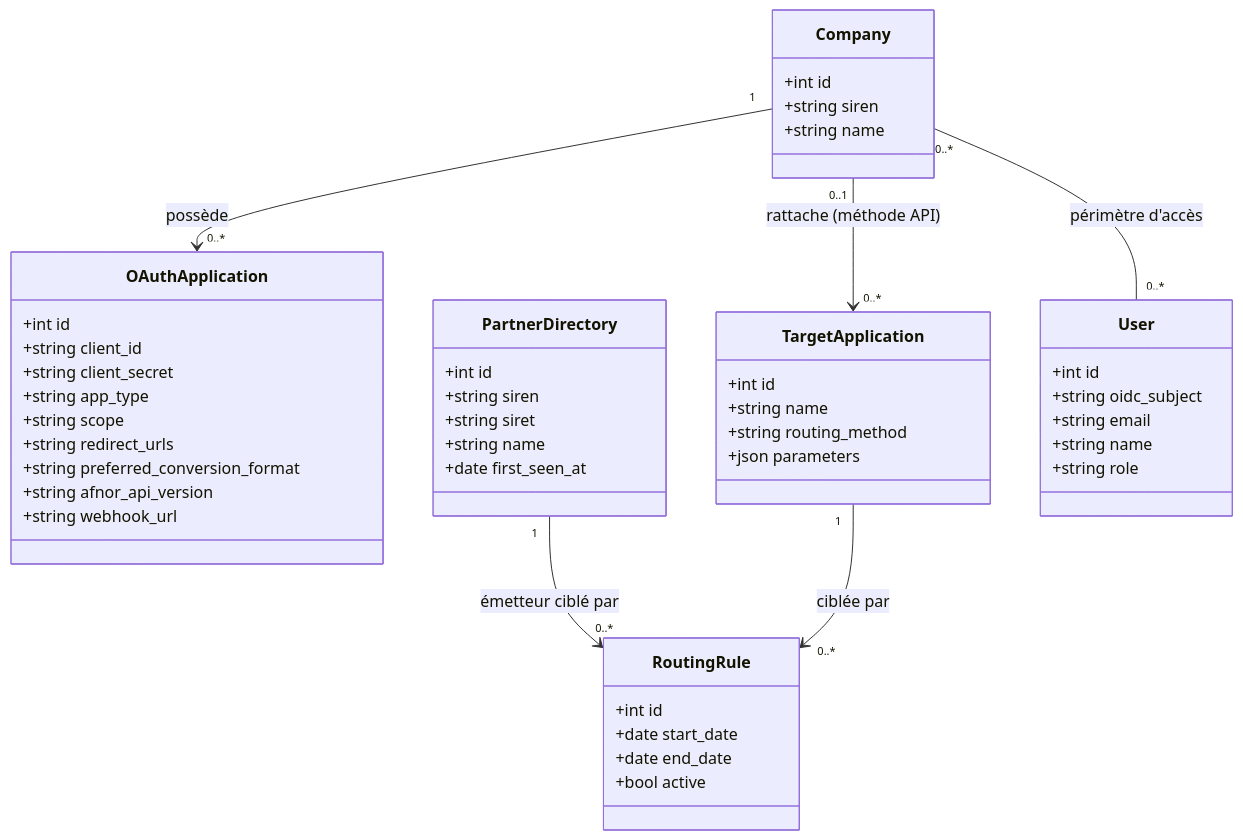
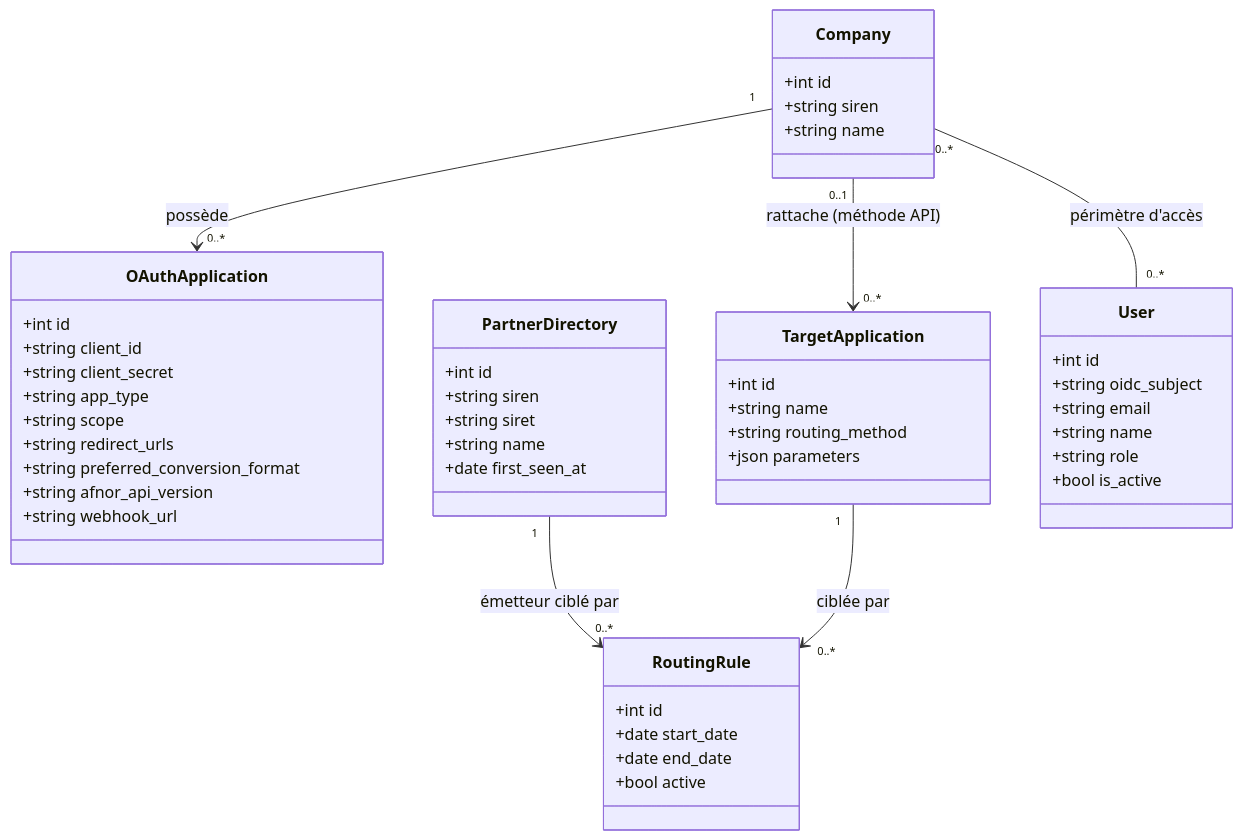
Before and after one commit to yuntux/einvoicing_router: the first of 10 diagrams in spec.md, drawn with Mermaid. The commit also changed other lines of this file and 15 other files, not shown here.

````diff
--- a/spec.md
+++ b/spec.md
@@ -257,52 +257,53 @@
 ```mermaid
 classDiagram
     class Company {
         +int id
         +string siren
         +string name
     }
     class OAuthApplication {
         +int id
         +string client_id
         +string client_secret
         +string app_type
         +string scope
         +string redirect_urls
         +string preferred_conversion_format
         +string afnor_api_version
         +string webhook_url
     }
     class PartnerDirectory {
         +int id
         +string siren
         +string siret
         +string name
         +date first_seen_at
     }
     class TargetApplication {
         +int id
         +string name
         +string routing_method
         +json parameters
     }
     class RoutingRule {
         +int id
         +date start_date
         +date end_date
         +bool active
     }
     class User {
         +int id
         +string oidc_subject
         +string email
         +string name
         +string role
+        +bool is_active
     }
 
     Company "1" --> "0..*" OAuthApplication : possède
     Company "0..1" --> "0..*" TargetApplication : rattache (méthode API)
     Company "0..*" -- "0..*" User : périmètre d'accès
 
     PartnerDirectory "1" --> "0..*" RoutingRule : émetteur ciblé par
     TargetApplication "1" --> "0..*" RoutingRule : ciblée par
 ```
````
